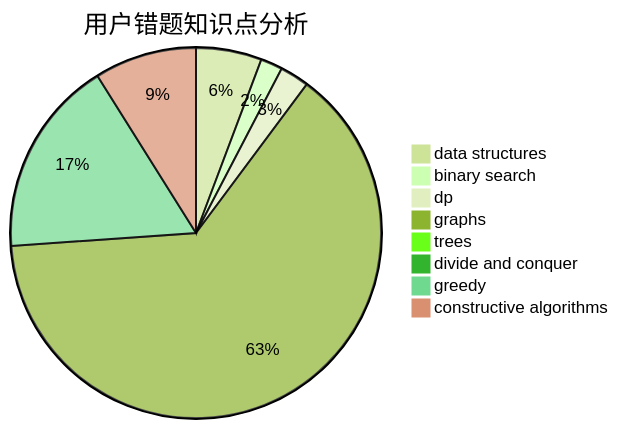
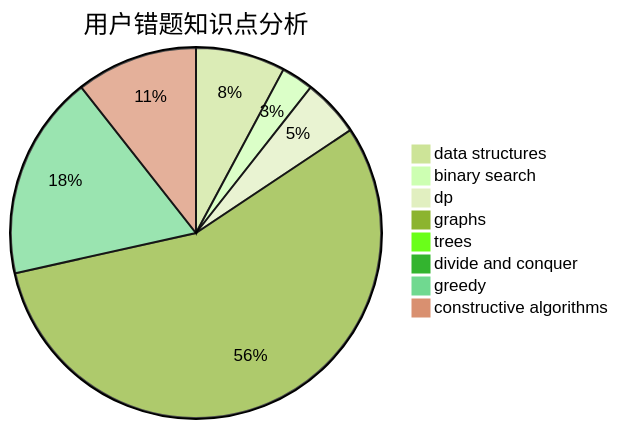
The third of 3 diagrams in docs/user/u1.md (sherpahu/cfrs.github.io), drawn with Mermaid (forest theme) before and after one commit. The commit also changed other lines of this file and 2770 other files, not shown here.

````diff
--- a/docs/user/u1.md
+++ b/docs/user/u1.md
@@ -36,11 +36,11 @@
 ```mermaid
 pie title 用户错题知识点分析
-    "data structures" :  9
-    "binary search" :  3
-    "dp" :  4
+    "data structures" :  14
+    "binary search" :  5
+    "dp" :  9
     "graphs" :  100
     "trees" :  0
     "divide and conquer" :  1
-    "greedy" :  27
-    "constructive algorithms" :  14
+    "greedy" :  32
+    "constructive algorithms" :  19
 ```
````
